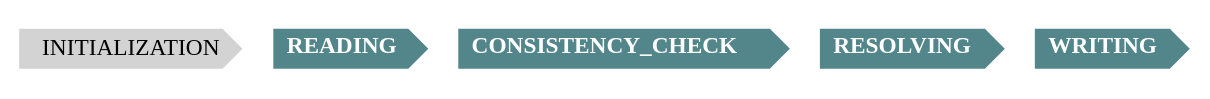
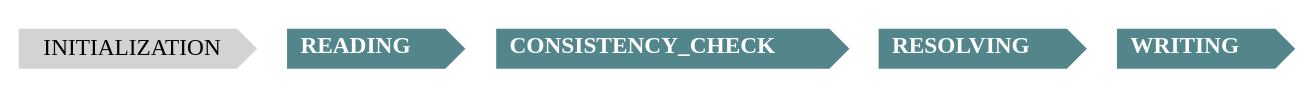
Before and after one commit to DocumentationBook/SphinxDocumentation: the diagram in research/sphinx/build_phases/build_phases.gv, drawn with Graphviz. The commit also changed 12 other files, not shown here.

Commit message:
RESOLVE and WRITING phases started.

```diff
--- a/research/sphinx/build_phases/build_phases.gv
+++ b/research/sphinx/build_phases/build_phases.gv
@@ -1,9 +1,9 @@
 digraph {
 //	graph [rankdir=LR]
 	node [color=none fillcolor=lightgrey shape=cds style=filled]
-	"init" [label=INITIALIZATION href="../app_init/" target=_top]
-	"read" [label=<<b>READING</b>> fillcolor=cadetblue4 fontcolor=white href="../read/" target=_top]
-	"consistency" [label=<<b>CONSISTENCY_CHECK</b>> fillcolor=cadetblue4 fontcolor=white href="../consistency/" target=_top]
-	"resolve" [label=<<b>RESOLVING</b>> fillcolor=cadetblue4 fontcolor=white href="../resolve/" target=_top]
-	"write" [label=<<b>WRITING</b>> fillcolor=cadetblue4 fontcolor=white href="../sphinx/write/" target=_top]
+	"init" [label="INITIALIZATION  " href="../app_init/" target=_top]
+	"read" [label=<<b>READING &#160;&#160;</b>> fillcolor=cadetblue4 fontcolor=white href="../read/" target=_top]
+	"consistency" [label=<<b>CONSISTENCY_CHECK &#160;&#160;</b>> fillcolor=cadetblue4 fontcolor=white href="../consistency/" target=_top]
+	"resolve" [label=<<b>RESOLVING &#160;&#160;</b>> fillcolor=cadetblue4 fontcolor=white href="../resolve/" target=_top]
+	"write" [label=<<b>WRITING &#160;&#160;</b>> fillcolor=cadetblue4 fontcolor=white href="../sphinx/write/" target=_top]
 }
```
